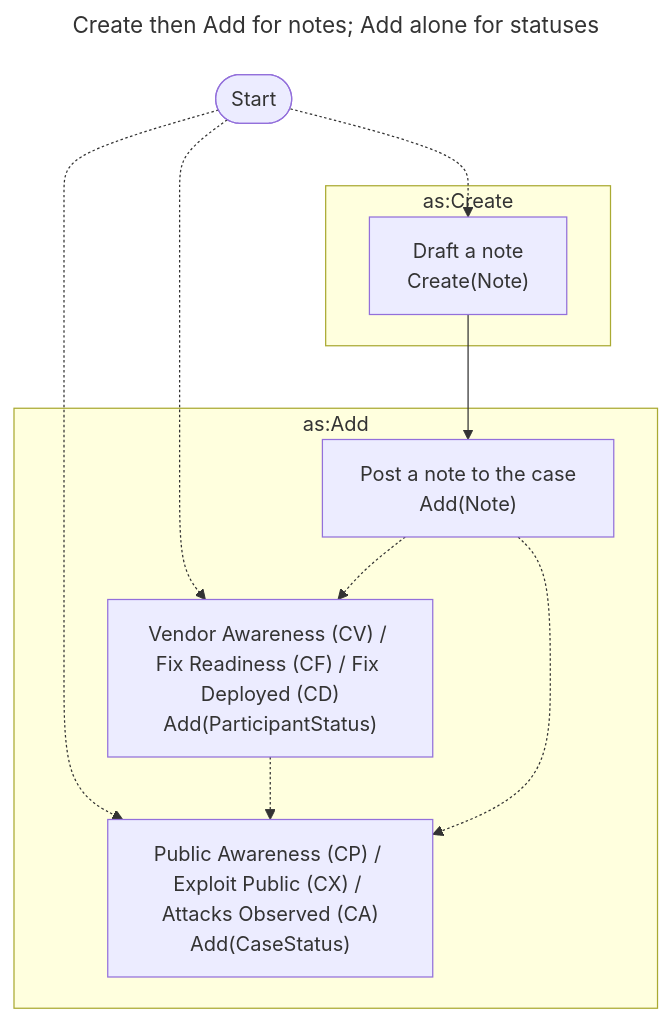
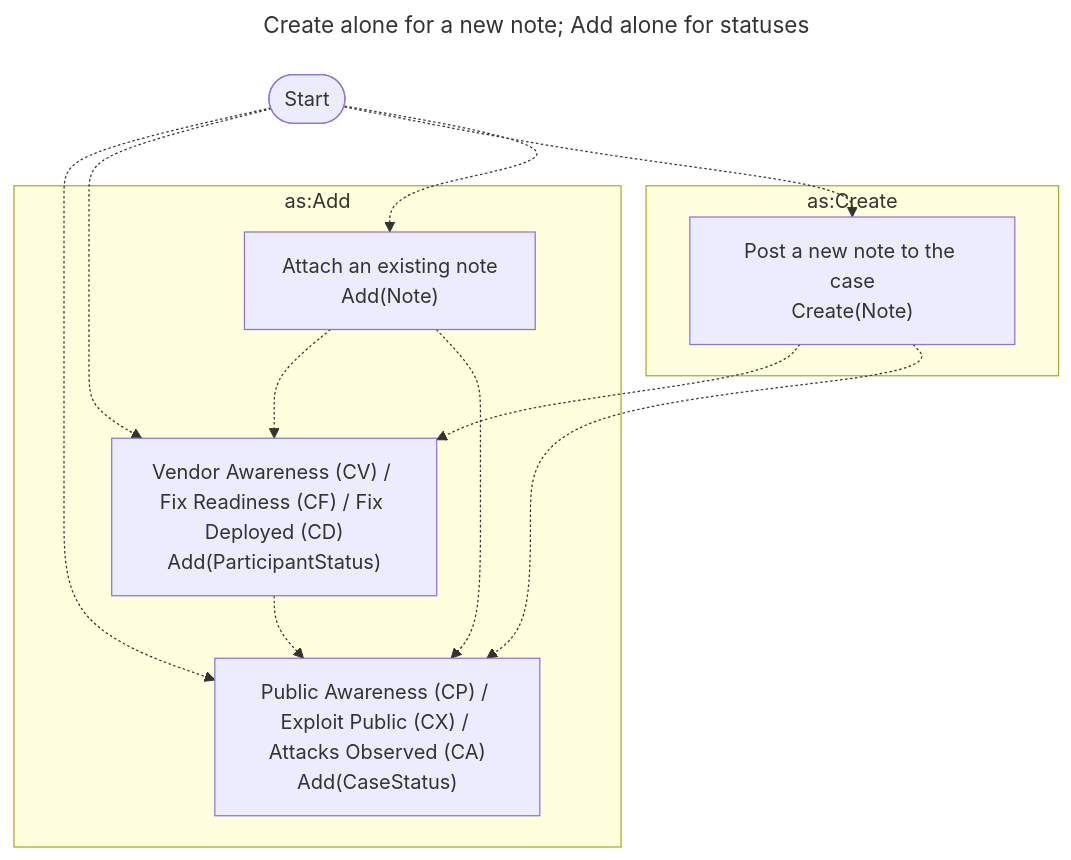
One commit to CERTCC/Vultron changed the second of 4 diagrams in docs/topics/activity_vocabulary_design.md. Above: the diagram before and after it, drawn with Mermaid. The commit also changed other lines of this file and 61 other files, not shown here.

First line of the commit message:
feat(note): add-note trigger sends one Create(Note) with the case as context

````diff
--- a/docs/topics/activity_vocabulary_design.md
+++ b/docs/topics/activity_vocabulary_design.md
@@ -118,22 +119,24 @@
 ```mermaid
 ---
-title: Create then Add for notes; Add alone for statuses
+title: Create alone for a new note; Add alone for statuses
 ---
 flowchart TB
     subgraph as:Add
-        AddNoteToCase["Post a note to the case<br/>Add(Note)"]
+        AddNoteToCase["Attach an existing note<br/>Add(Note)"]
         AddStatusToCase["Public Awareness (CP) / Exploit Public (CX) / Attacks Observed (CA)<br/>Add(CaseStatus)"]
         AddStatusToParticipant["Vendor Awareness (CV) / Fix Readiness (CF) / Fix Deployed (CD)<br/>Add(ParticipantStatus)"]
     end
     subgraph as:Create
-        CreateNote["Draft a note<br/>Create(Note)"]
+        CreateNote["Post a new note to the case<br/>Create(Note)"]
     end
     start([Start])
     start -.-> AddStatusToCase
     start -.-> AddStatusToParticipant
     start -.-> CreateNote
-    CreateNote --> AddNoteToCase
+    start -.-> AddNoteToCase
     AddStatusToParticipant -.-> AddStatusToCase
+    CreateNote -.-> AddStatusToParticipant
+    CreateNote -.-> AddStatusToCase
     AddNoteToCase -.-> AddStatusToParticipant
     AddNoteToCase -.-> AddStatusToCase
 ```
````
